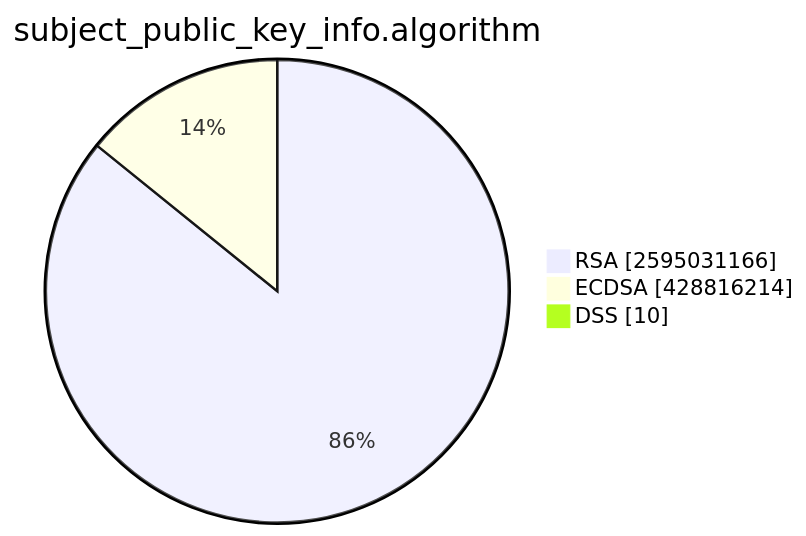
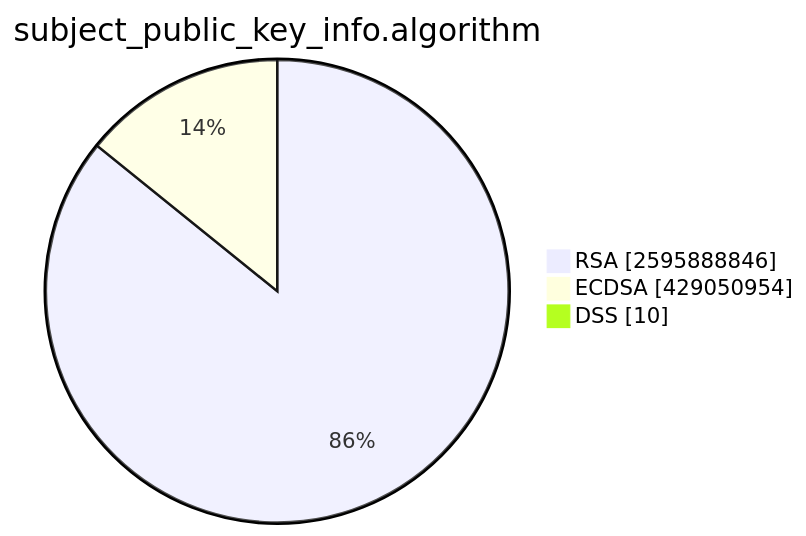
One commit to christiankrug/ctmonitor_visualization changed the second of 15 diagrams in TOTAL/README.md. Above: the diagram before and after it, drawn with Mermaid. The commit also changed other lines of this file, not shown here.

````diff
--- a/TOTAL/README.md
+++ b/TOTAL/README.md
@@ -6,7 +6,7 @@
 ```mermaid
 pie showData
 title subject_public_key_info.algorithm
-"RSA" :2595031166
-"ECDSA" :428816214
+"RSA" :2595888846
+"ECDSA" :429050954
 "DSS" :10
 ```
````
